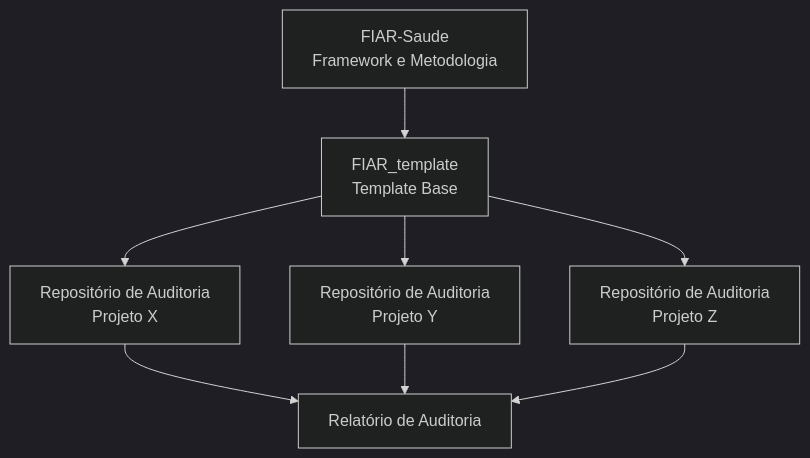
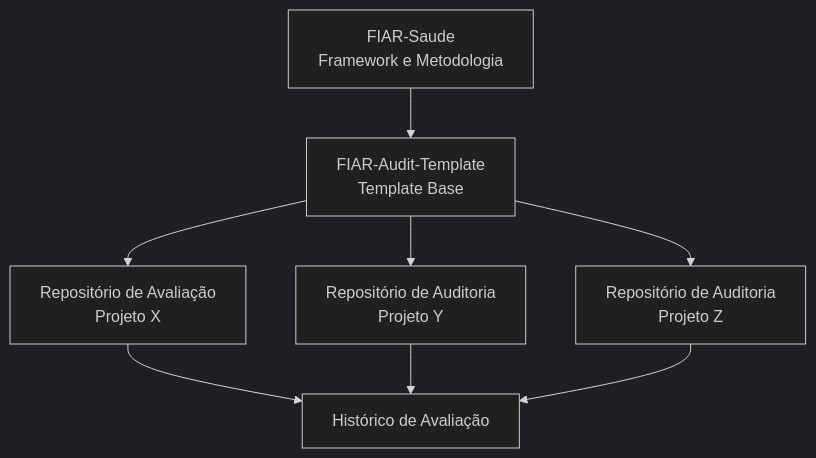
Before and after one commit to niar-saude-ufmg/FIAR-Saude: the diagram in README.md, drawn with Mermaid (dark theme). The commit also changed other lines of this file and 2 other files, not shown here.

Commit message:
Atualiza ciclo de avaliacao e README do FIAR

````diff
--- a/README.md
+++ b/README.md
@@ -31,10 +34,10 @@
 ```mermaid
 flowchart TD
-    A[FIAR-Saude\nFramework e Metodologia] --> B[FIAR_template\nTemplate Base]
-    B --> C1[Repositório de Auditoria\nProjeto X]
+    A[FIAR-Saude\nFramework e Metodologia] --> B[FIAR-Audit-Template\nTemplate Base]
+    B --> C1[Repositório de Avaliação\nProjeto X]
     B --> C2[Repositório de Auditoria\nProjeto Y]
     B --> C3[Repositório de Auditoria\nProjeto Z]
-    C1 --> D[Relatório de Auditoria]
+    C1 --> D[Histórico de Avaliação]
     C2 --> D
     C3 --> D
 ```
````
